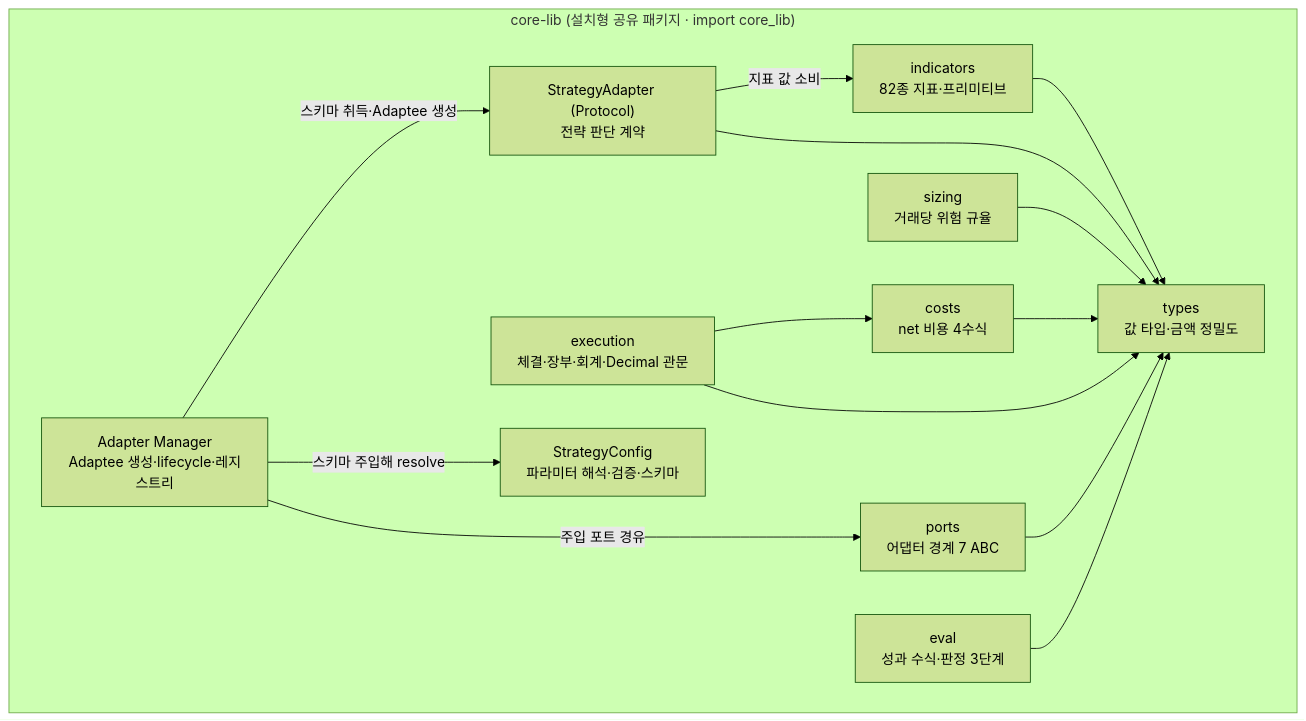
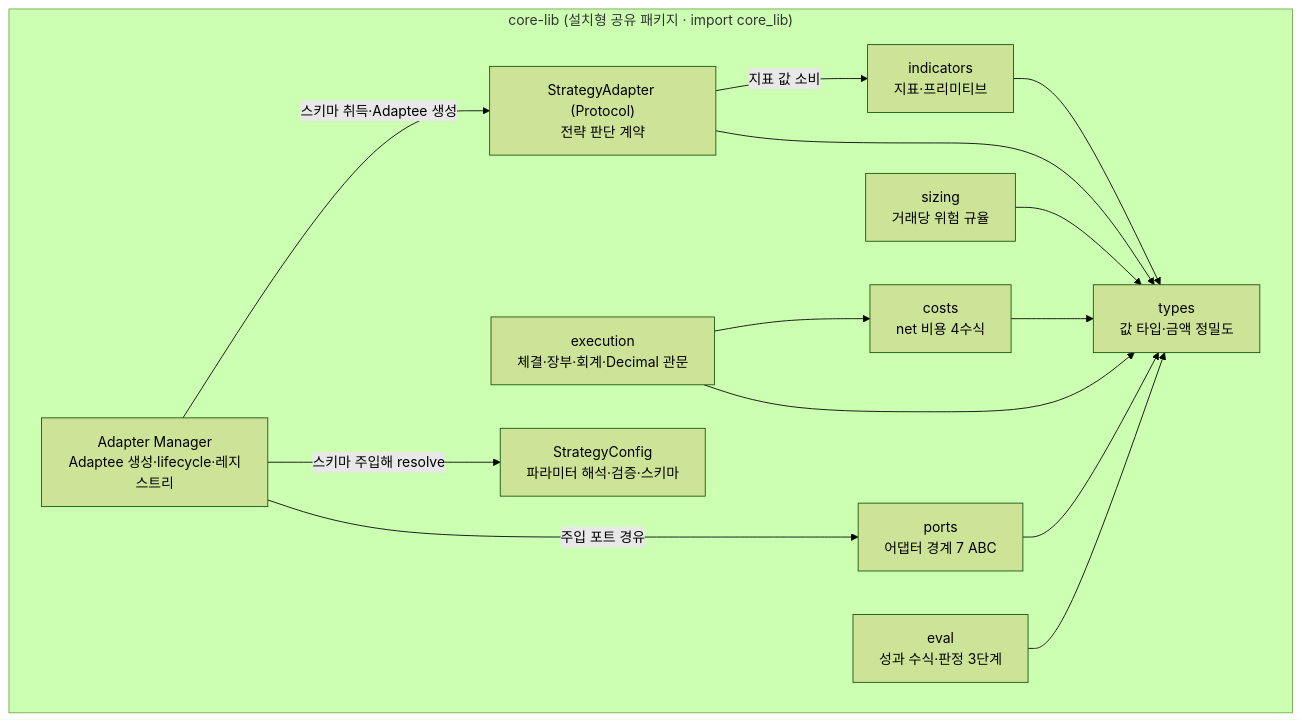
The third of 17 diagrams in docs/fullspec/backtest_v2_detailed_design.md (vessel35/trading-system-v2), drawn with Mermaid (forest theme) before and after one commit. The commit also changed other lines of this file, not shown here.

````diff
--- a/docs/fullspec/backtest_v2_detailed_design.md
+++ b/docs/fullspec/backtest_v2_detailed_design.md
@@ -497,27 +497,27 @@
 ```mermaid
 flowchart TD
     subgraph CORELIB["core-lib (설치형 공유 패키지 · import core_lib)"]
         TYPES["types<br/>값 타입·금액 정밀도"]
-        IND["indicators<br/>82종 지표·프리미티브"]
+        IND["indicators<br/>지표·프리미티브"]
         STRAT["StrategyAdapter (Protocol)<br/>전략 판단 계약"]
         SIZ["sizing<br/>거래당 위험 규율"]
         CST["costs<br/>net 비용 4수식"]
         EXE["execution<br/>체결·장부·회계·Decimal 관문"]
         PORT["ports<br/>어댑터 경계 7 ABC"]
         EVAL["eval<br/>성과 수식·판정 3단계"]
         MGR["Adapter Manager<br/>Adaptee 생성·lifecycle·레지스트리"]
         CFG["StrategyConfig<br/>파라미터 해석·검증·스키마"]
     end
     IND --> TYPES
     STRAT --> TYPES
     STRAT -->|지표 값 소비| IND
     SIZ --> TYPES
     CST --> TYPES
     EXE --> TYPES
     EXE --> CST
     PORT --> TYPES
     EVAL --> TYPES
     MGR -->|스키마 취득·Adaptee 생성| STRAT
     MGR -->|스키마 주입해 resolve| CFG
     MGR -->|주입 포트 경유| PORT
 ```
````
